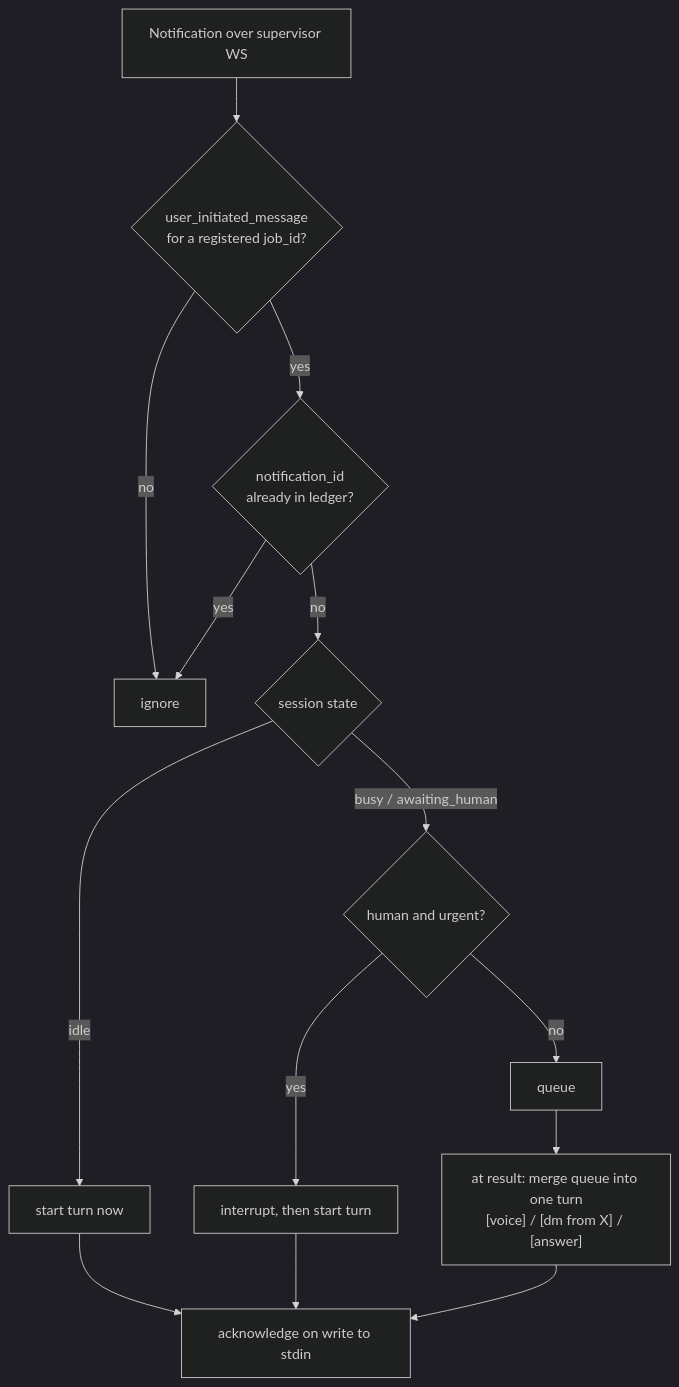
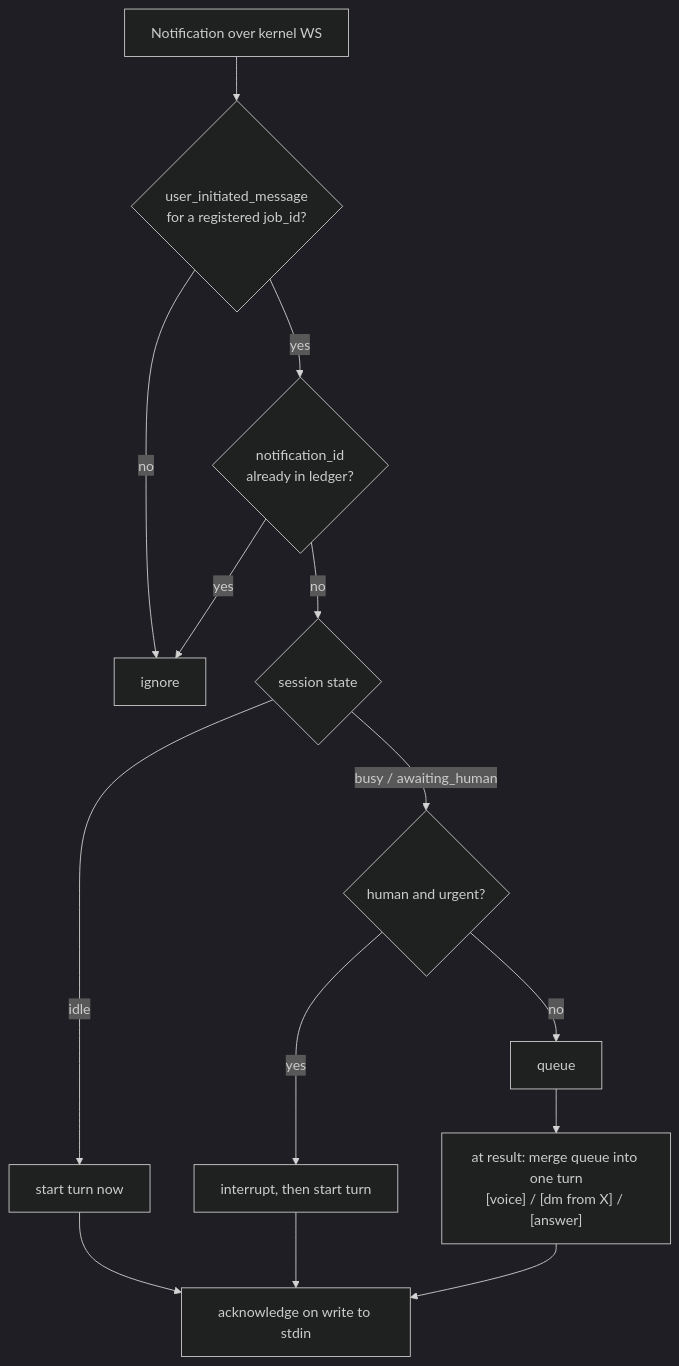
One commit to deepily/unified-headless-wrapper changed the third of 6 diagrams in src/rnd/v0.0.1/2026.10.14-uhw-implementation-planning-framework.md. Above: the diagram before and after it, drawn with Mermaid (dark theme). The commit also changed other lines of this file and 5 other files, not shown here.

````diff
--- a/src/rnd/v0.0.1/2026.10.14-uhw-implementation-planning-framework.md
+++ b/src/rnd/v0.0.1/2026.10.14-uhw-implementation-planning-framework.md
@@ -236,16 +239,16 @@
 ```mermaid
 flowchart TD
-    WS["Notification over supervisor WS"] --> T{"user_initiated_message<br/>for a registered job_id?"}
+    WS["Notification over kernel WS"] --> T{"user_initiated_message<br/>for a registered job_id?"}
     T -- no --> DROP["ignore"]
     T -- yes --> L{"notification_id<br/>already in ledger?"}
     L -- yes --> DROP
     L -- no --> S{"session state"}
     S -- idle --> START["start turn now"]
     S -- "busy / awaiting_human" --> U{"human and urgent?"}
     U -- yes --> INT["interrupt, then start turn"]
     U -- no --> Q["queue"]
     Q --> R["at result: merge queue into one turn<br/>[voice] / [dm from X] / [answer]"]
     START --> ACK["acknowledge on write to stdin"]
     INT --> ACK
     R --> ACK
 ```
````
